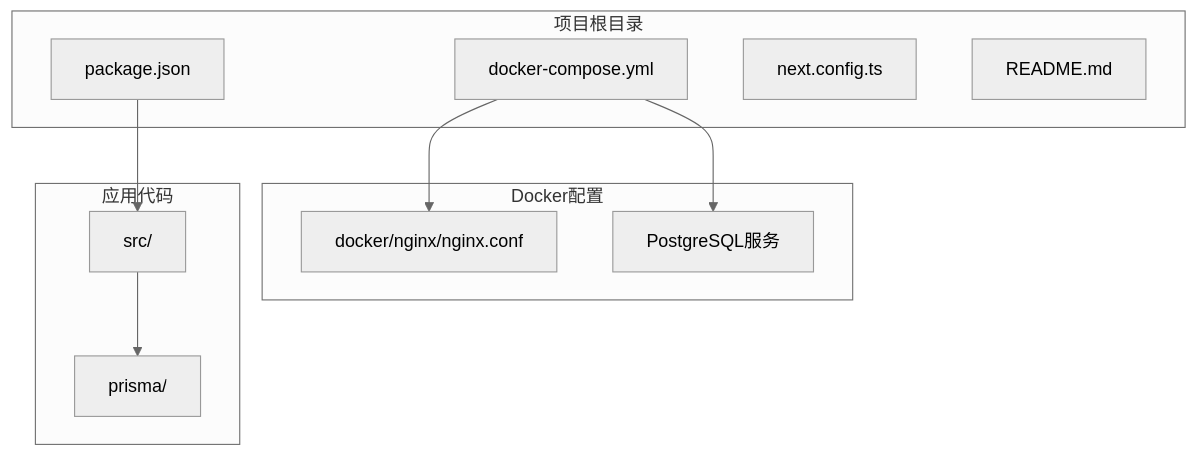
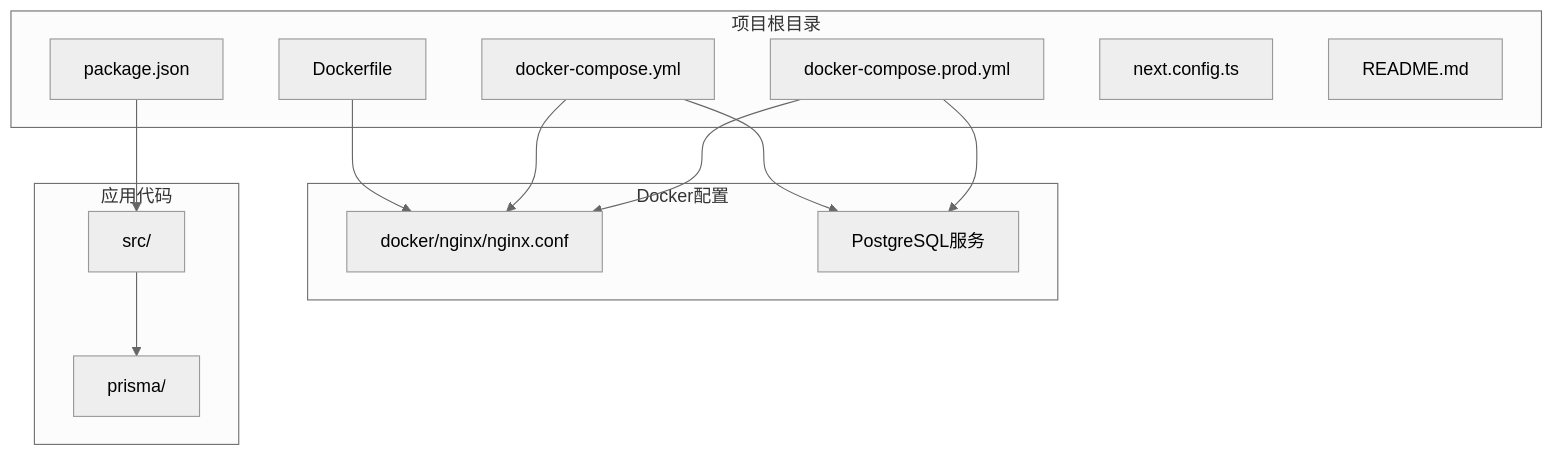
Before and after one commit to three3638-arch/celestia_2b: the first of 8 diagrams in .qoder/repowiki/zh/content/部署配置/Docker容器化部署.md, drawn with Mermaid (neutral theme). The commit also changed other lines of this file and 17 other files, not shown here.

````diff
--- a/.qoder/repowiki/zh/content/部署配置/Docker容器化部署.md
+++ b/.qoder/repowiki/zh/content/部署配置/Docker容器化部署.md
@@ -35,21 +46,26 @@
 ```mermaid
 graph TB
 subgraph "项目根目录"
-DC[docker-compose.yml]
+DOCKERFILE[Dockerfile]
+DC_DEV[docker-compose.yml]
+DC_PROD[docker-compose.prod.yml]
 PKG[package.json]
 NEXT[next.config.ts]
 README[README.md]
 end
 subgraph "Docker配置"
 NGINX[docker/nginx/nginx.conf]
 DB[PostgreSQL服务]
 end
 subgraph "应用代码"
 SRC[src/]
 PRISMA[prisma/]
 end
-DC --> NGINX
-DC --> DB
+DOCKERFILE --> NGINX
+DC_DEV --> NGINX
+DC_PROD --> NGINX
+DC_DEV --> DB
+DC_PROD --> DB
 SRC --> PRISMA
 PKG --> SRC
 ```
````
